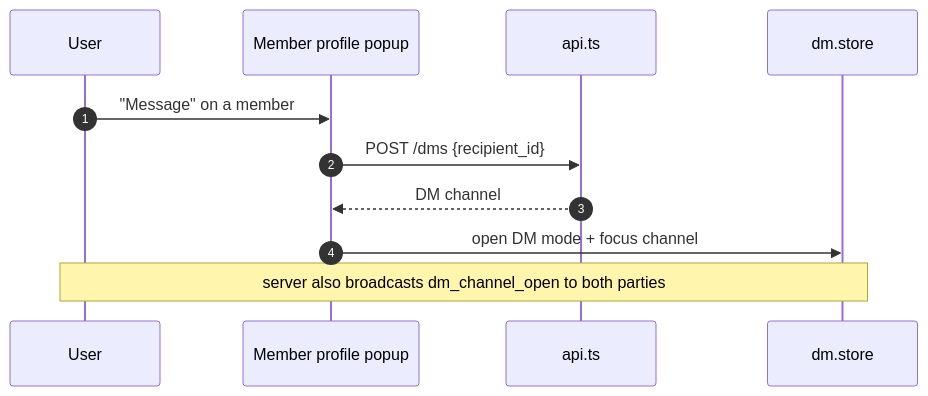
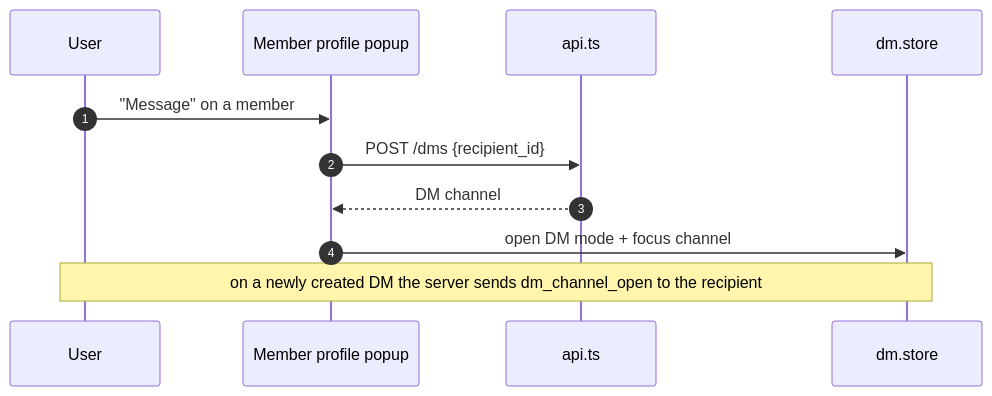
The second of 2 diagrams in docs/architecture/ux/channels-members-dms.md (J3vb/OwnCord), drawn with Mermaid before and after one commit. The commit also changed 90 other files, not shown here.

````diff
--- a/docs/architecture/ux/channels-members-dms.md
+++ b/docs/architecture/ux/channels-members-dms.md
@@ -136,13 +136,13 @@
 ```mermaid
 sequenceDiagram
     autonumber
     participant U as User
     participant P as Member profile popup
     participant API as api.ts
     participant DM as dm.store
     U->>P: "Message" on a member
     P->>API: POST /dms {recipient_id}
     API-->>P: DM channel
     P->>DM: open DM mode + focus channel
-    Note over U,DM: server also broadcasts dm_channel_open to both parties
+    Note over U,DM: on a newly created DM the server sends dm_channel_open to the recipient
 ```
````
